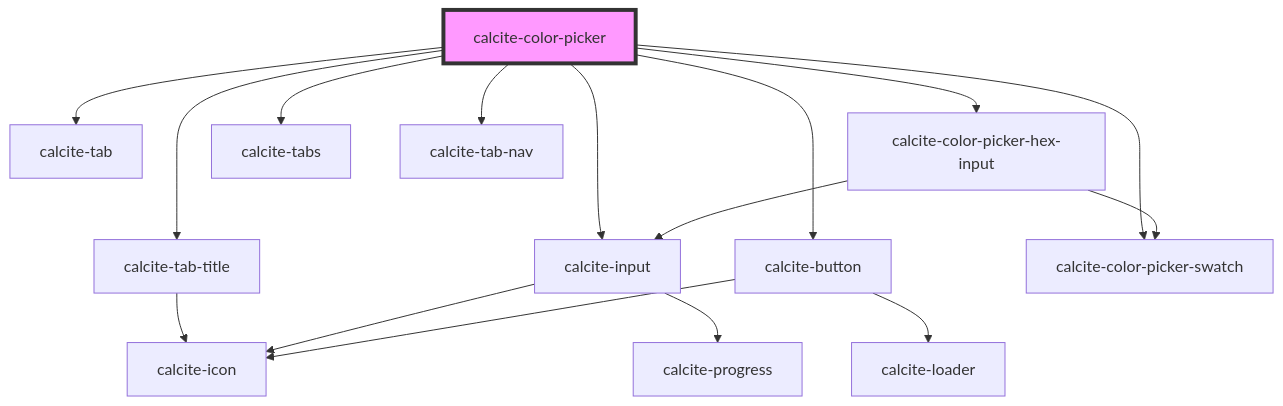
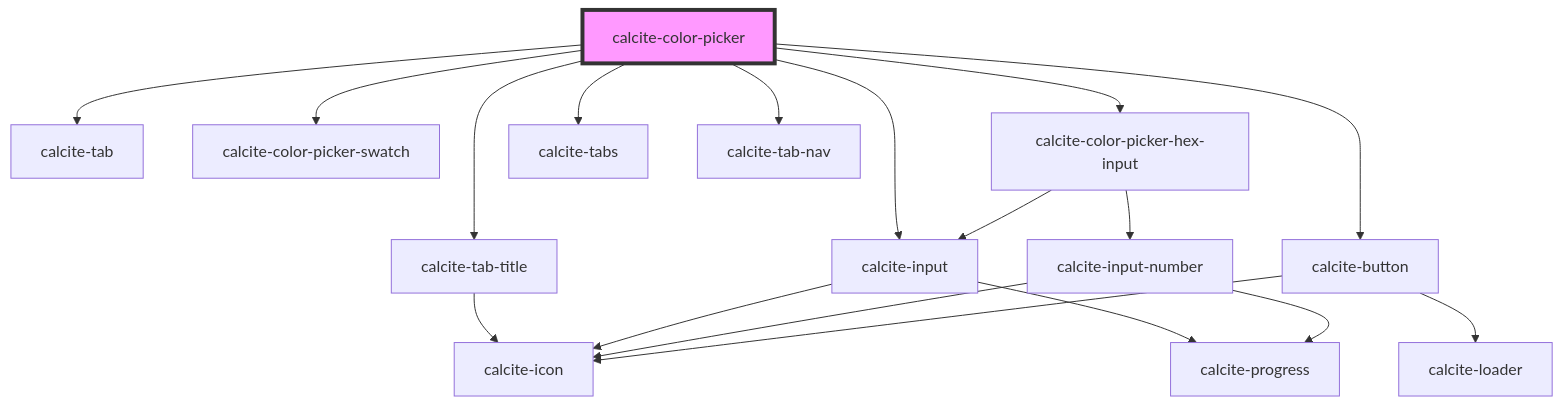
The diagram in src/components/color-picker/readme.md (Esri/calcite-design-system), drawn with Mermaid before and after one commit. The commit also changed other lines of this file and 69 other files, not shown here.

````diff
--- a/src/components/color-picker/readme.md
+++ b/src/components/color-picker/readme.md
@@ -61,19 +65,21 @@
 ```mermaid
 graph TD;
   calcite-color-picker --> calcite-tab-title
   calcite-color-picker --> calcite-tab
   calcite-color-picker --> calcite-input
+  calcite-color-picker --> calcite-color-picker-swatch
   calcite-color-picker --> calcite-color-picker-hex-input
   calcite-color-picker --> calcite-tabs
   calcite-color-picker --> calcite-tab-nav
   calcite-color-picker --> calcite-button
-  calcite-color-picker --> calcite-color-picker-swatch
   calcite-tab-title --> calcite-icon
   calcite-input --> calcite-progress
   calcite-input --> calcite-icon
   calcite-color-picker-hex-input --> calcite-input
-  calcite-color-picker-hex-input --> calcite-color-picker-swatch
+  calcite-color-picker-hex-input --> calcite-input-number
+  calcite-input-number --> calcite-progress
+  calcite-input-number --> calcite-icon
   calcite-button --> calcite-loader
   calcite-button --> calcite-icon
   style calcite-color-picker fill:#f9f,stroke:#333,stroke-width:4px
 ```
````
